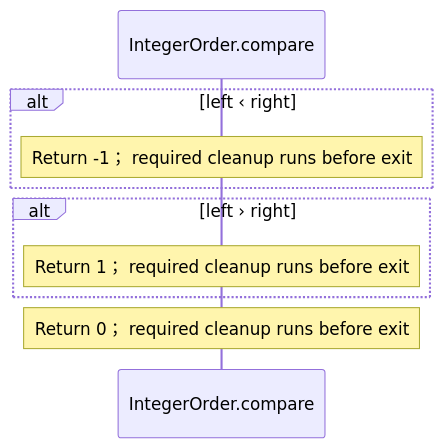
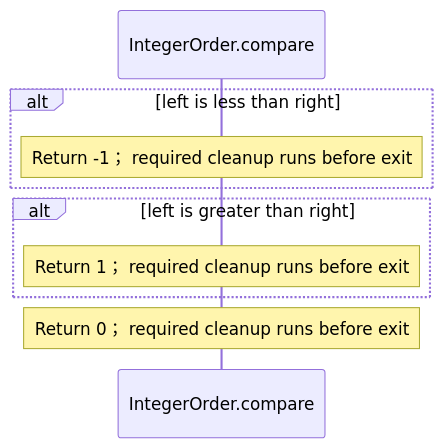
Diagram 18 of 21 in src/stdlib/collections/operations.aug.diagrams.md (GreenPandaStudios/augscript), drawn with Mermaid before and after one commit. The commit also changed other lines of this file and 658 other files, not shown here.

````diff
--- a/src/stdlib/collections/operations.aug.diagrams.md
+++ b/src/stdlib/collections/operations.aug.diagrams.md
@@ -371,12 +423,12 @@
 ```mermaid
 sequenceDiagram
     participant p0 as IntegerOrder.compare
 
-    alt left ‹ right
+    alt left is less than right
     Note over p0: Return -1； required cleanup runs before exit
     end
-    alt left › right
+    alt left is greater than right
     Note over p0: Return 1； required cleanup runs before exit
     end
     Note over p0: Return 0； required cleanup runs before exit
 ```
````
